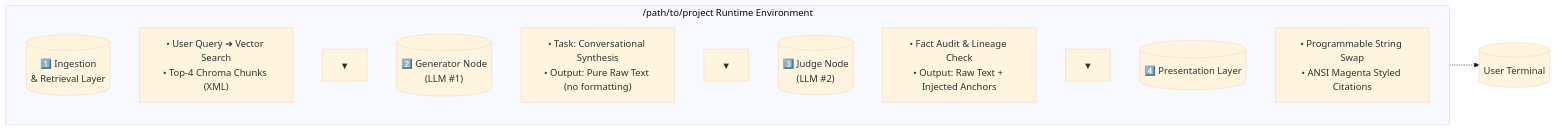
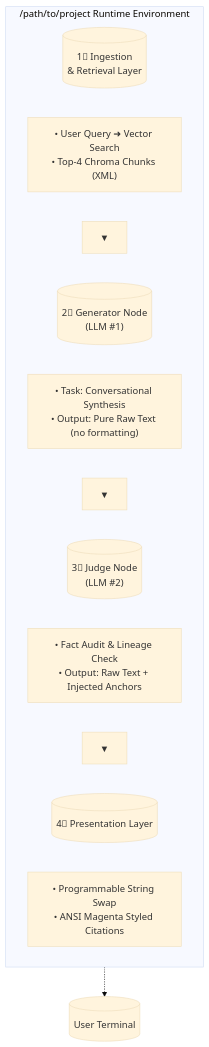
One commit to heshamg124/langchain-lab changed the second of 2 diagrams in README.md. Above: the diagram before and after it, drawn with Mermaid (base theme). The commit also changed other lines of this file, not shown here.

Commit message:
Fix mermaid syntax: remove invalid 'direction' keyword placements in all diagrams
- Line 32 OllamaHost: Removed direction LR from subgraph definition (invalid placement)
- Lines ~108+ Topology diagram: Changed TB direction to flowchart directive level, removed stray standalone direction statement
Both charts now render validly on GitHub's mermaid viewer.

````diff
--- a/README.md
+++ b/README.md
@@ -111,28 +108,24 @@
 ```mermaid
-flowchart LR
+flowchart TB
     subgraph MainRuntime["/path/to/project Runtime Environment"]
-        
-        direction TB
-        
-        stage1[("1️⃣ Ingestion<br/>& Retrieval Layer")]:::stageBorder
+        stage1[("1⃣ Ingestion<br/>& Retrieval Layer")]:::stageBorder
         stage1Details["• User Query ➜ Vector Search<br/>• Top-4 Chroma Chunks (XML)"]:::subtle
         
         downArrow1[▼]:::arrowStyle
         
-        stage2[("2️⃣ Generator Node<br/>(LLM #1)")]:::stageBorder
+        stage2[("2⃣ Generator Node<br/>(LLM #1)")]:::stageBorder
         stage2Details["• Task: Conversational Synthesis<br/>• Output: Pure Raw Text (no formatting)"]:::subtle
         
         downArrow2[▼]:::arrowStyle
         
-        stage3[("3️⃣ Judge Node<br/>(LLM #2)")]:::stageBorder
+        stage3[("3⃣ Judge Node<br/>(LLM #2)")]:::stageBorder
         stage3Details["• Fact Audit & Lineage Check<br/>• Output: Raw Text + Injected Anchors"]:::subtle
         
         downArrow3[▼]:::arrowStyle
         
-        stage4[("4️⃣ Presentation Layer")]:::stageBorder
+        stage4[("4⃣ Presentation Layer")]:::stageBorder
         stage4Details["• Programmable String Swap<br/>• ANSI Magenta Styled Citations"]:::subtle
-        
     end
     
     MainRuntime -.-> TerminalTerminal[(User Terminal)]
 ```
````
